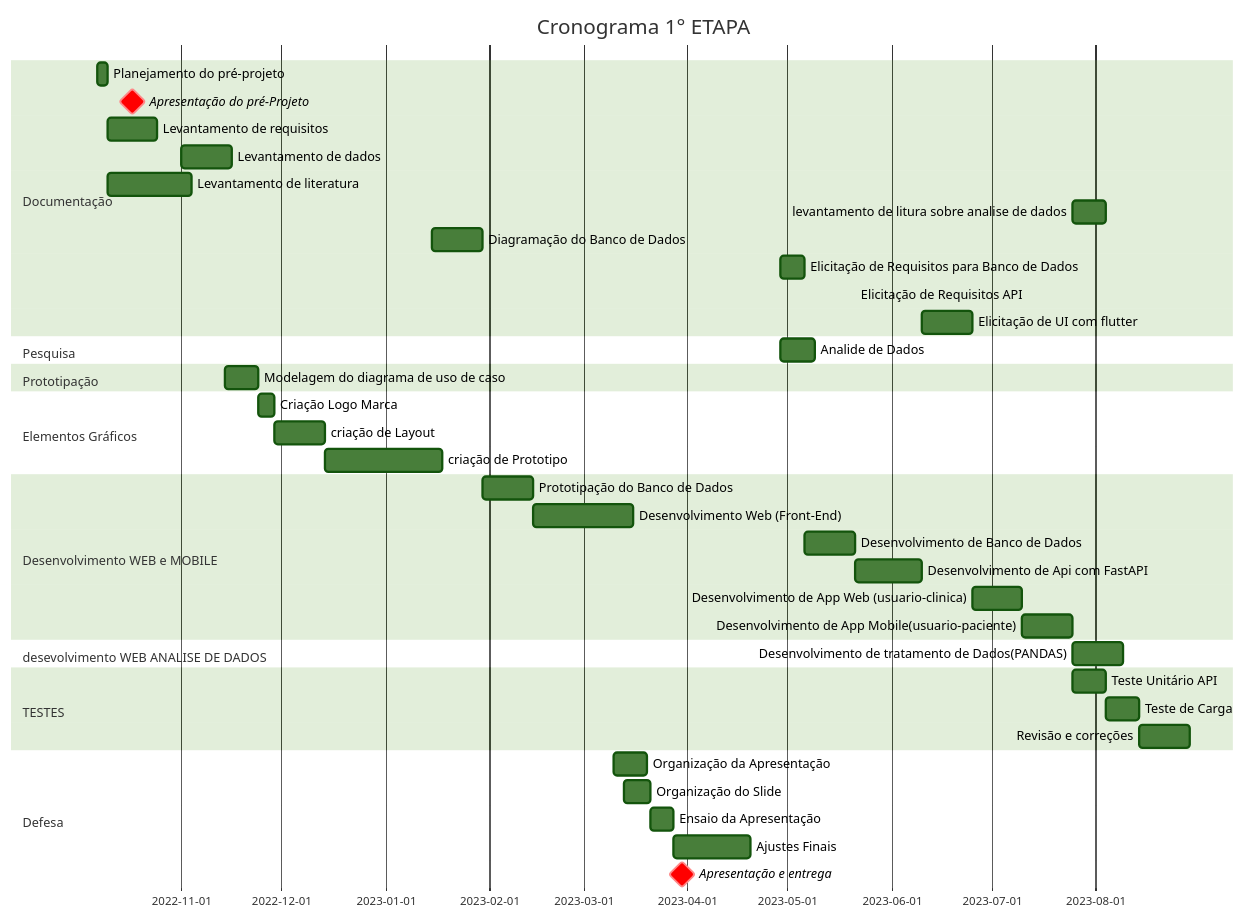
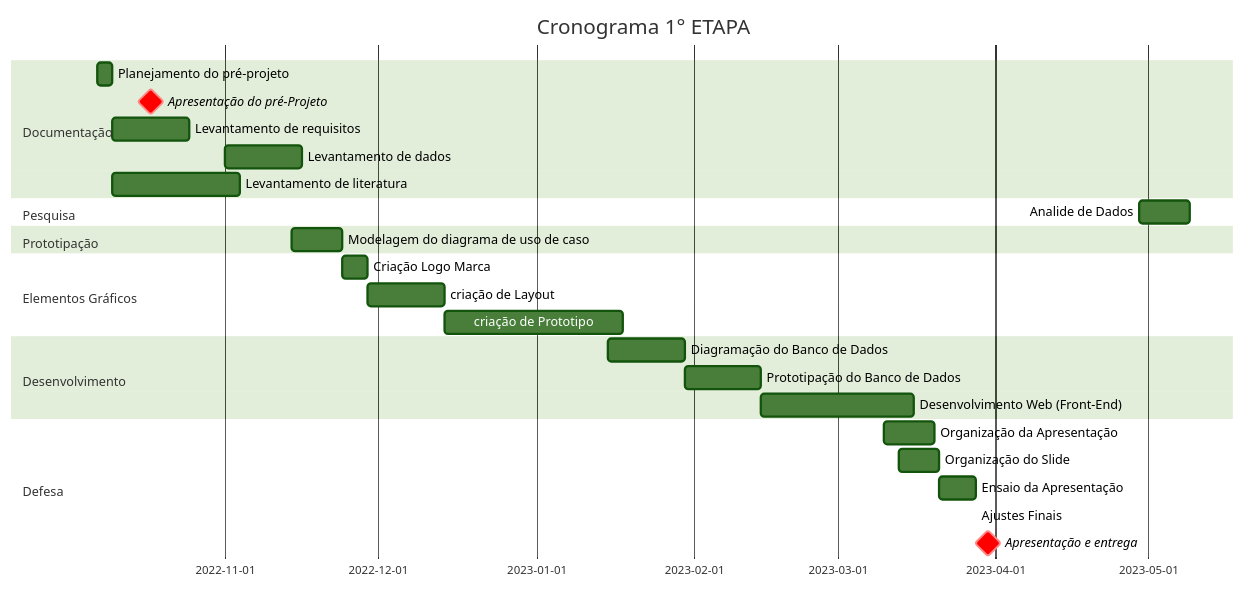
One commit to GstavRocha/DiaaDia changed the first of 2 diagrams in Documentation/Documentation_dataBase/documentação.md. Above: the diagram before and after it, drawn with Mermaid (forest theme).

Commit message:
Atualização

````diff
--- a/Documentation/Documentation_dataBase/documentação.md
+++ b/Documentation/Documentation_dataBase/documentação.md
@@ -5,53 +5,34 @@
 ``` mermaid
-    gantt
+      gantt
     title Cronograma 1° ETAPA
     dateFormat  YYYY-MM-DD
     section Documentação
     Planejamento do pré-projeto :a1,2022-10-07, 3d
     Apresentação do  pré-Projeto      :crit,milestone, 2022-10-17, 1d
     Levantamento de requisitos  :a2, after a1, 15d
     Levantamento de dados       :a3,2022-11-01, 15d
     Levantamento de literatura  :a3, after a1, 25d
-    levantamento de litura sobre analise de dados: m9, after m8, 10d
-    
-    Diagramação do Banco de Dados :d1, 2023-01-15, 15d
-    Elicitação de Requisitos para Banco de Dados: f5, after d11, 7d
-    Elicitação de Requisitos API: h6, after g5, 7 d
-    Elicitação de UI com flutter: l10, after j7, 15d
-
     section Pesquisa
     Analide de Dados            :b3, after b2, 10d
     section Prototipação
     Modelagem do diagrama de uso de caso: c1, 2022-11-14,10d
     section Elementos Gráficos
     Criação Logo Marca          :c2, after c1, 5d
     criação de Layout           :c3, after c2, 15d
     criação de Prototipo        :c4, after c3, 35d
-    section Desenvolvimento WEB e MOBILE
-   
+    section Desenvolvimento 
+    Diagramação do Banco de Dados :d1, 2023-01-15, 15d
     Prototipação do Banco de Dados :d2, after d1, 15d
     Desenvolvimento Web (Front-End) :d3, after d2, 30d
-    Desenvolvimento de Banco de Dados: g5,after f5, 15d
-    
-    Desenvolvimento de Api com FastAPI: j7, after h6, 20d
-    Desenvolvimento de App Web (usuario-clinica): m7,after l10, 15d
-    Desenvolvimento de App Mobile(usuario-paciente): m8, after m7, 15d
-    section desevolvimento WEB ANALISE DE DADOS
-
-    Desenvolvimento de tratamento de Dados(PANDAS): m9, after m8, 15d
-
-    section TESTES 
-    Teste Unitário API: n10, after m8, 10d
-    Teste de Carga: n11, after n10, 10d
-    Revisão e correções: p5, after n11, 15d
-    
     section Defesa
     Organização da Apresentação :e1,2023-03-10, 10d
     Organização do Slide :e1,2023-03-13,8d
     Ensaio da Apresentação :e2,after e1, 7d
-    Ajustes Finais : e3,after e2, 23d
+    Ajustes Finais : e3,after e2, 23
+  
     Apresentação e entrega  :crit,milestone,2023-03-30, 1d
+    
   
     
 
 ```
````
